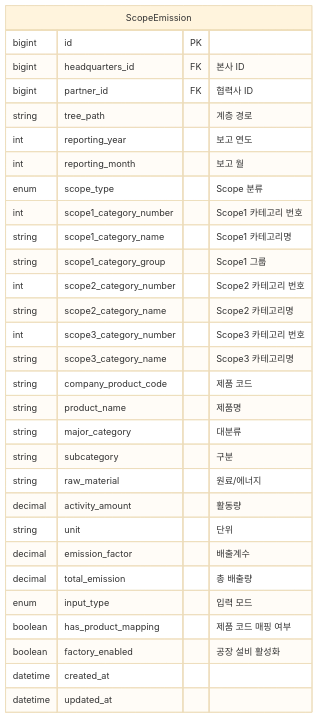
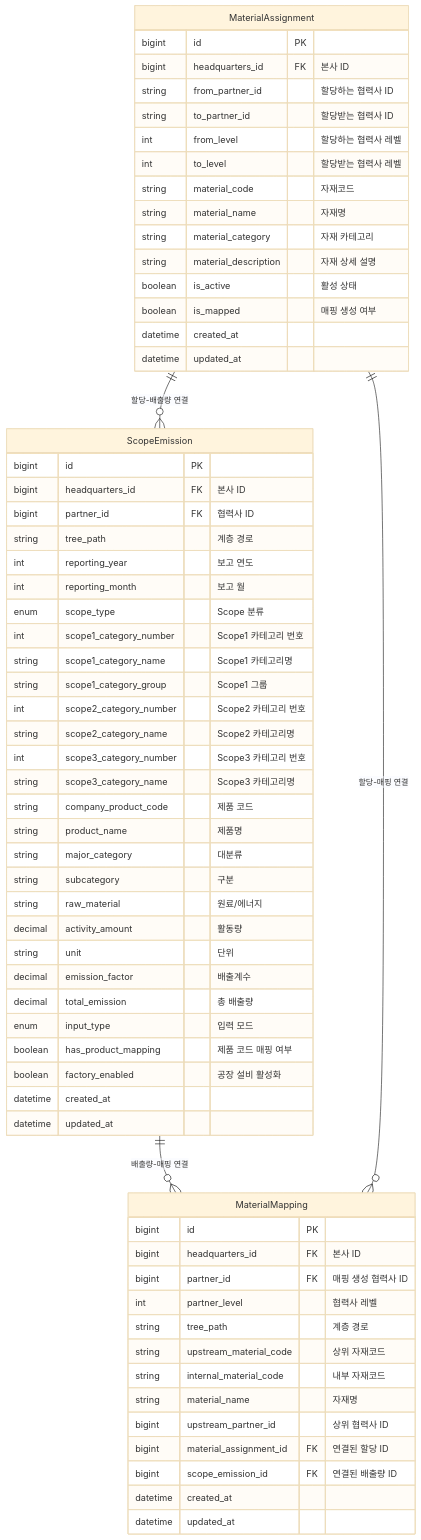
Before and after one commit to NSMM-v2/scope-service: the sixth of 10 diagrams in README.md, drawn with Mermaid (base theme). The commit also changed other lines of this file, not shown here.

````diff
--- a/README.md
+++ b/README.md
@@ -284,33 +296,70 @@
 ```mermaid
 erDiagram
     ScopeEmission {
         bigint id PK
         bigint headquarters_id FK "본사 ID"
         bigint partner_id FK "협력사 ID"
         string tree_path "계층 경로"
         int reporting_year "보고 연도"
         int reporting_month "보고 월"
         enum scope_type "Scope 분류"
         int scope1_category_number "Scope1 카테고리 번호"
         string scope1_category_name "Scope1 카테고리명"
         string scope1_category_group "Scope1 그룹"
         int scope2_category_number "Scope2 카테고리 번호"
         string scope2_category_name "Scope2 카테고리명"
         int scope3_category_number "Scope3 카테고리 번호"
         string scope3_category_name "Scope3 카테고리명"
         string company_product_code "제품 코드"
         string product_name "제품명"
         string major_category "대분류"
         string subcategory "구분"
         string raw_material "원료/에너지"
         decimal activity_amount "활동량"
         string unit "단위"
         decimal emission_factor "배출계수"
         decimal total_emission "총 배출량"
         enum input_type "입력 모드"
         boolean has_product_mapping "제품 코드 매핑 여부"
         boolean factory_enabled "공장 설비 활성화"
         datetime created_at
         datetime updated_at
     }
+    
+    MaterialAssignment {
+        bigint id PK
+        bigint headquarters_id FK "본사 ID"
+        string from_partner_id "할당하는 협력사 ID"
+        string to_partner_id "할당받는 협력사 ID"
+        int from_level "할당하는 협력사 레벨"
+        int to_level "할당받는 협력사 레벨"
+        string material_code "자재코드"
+        string material_name "자재명"
+        string material_category "자재 카테고리"
+        string material_description "자재 상세 설명"
+        boolean is_active "활성 상태"
+        boolean is_mapped "매핑 생성 여부"
+        datetime created_at
+        datetime updated_at
+    }
+    
+    MaterialMapping {
+        bigint id PK
+        bigint headquarters_id FK "본사 ID"
+        bigint partner_id FK "매핑 생성 협력사 ID"
+        int partner_level "협력사 레벨"
+        string tree_path "계층 경로"
+        string upstream_material_code "상위 자재코드"
+        string internal_material_code "내부 자재코드"
+        string material_name "자재명"
+        bigint upstream_partner_id "상위 협력사 ID"
+        bigint material_assignment_id FK "연결된 할당 ID"
+        bigint scope_emission_id FK "연결된 배출량 ID"
+        datetime created_at
+        datetime updated_at
+    }
+    
+    ScopeEmission ||--o{ MaterialMapping : "배출량-매핑 연결"
+    MaterialAssignment ||--o{ MaterialMapping : "할당-매핑 연결"
+    MaterialAssignment ||--o{ ScopeEmission : "할당-배출량 연결"
 ```
````
